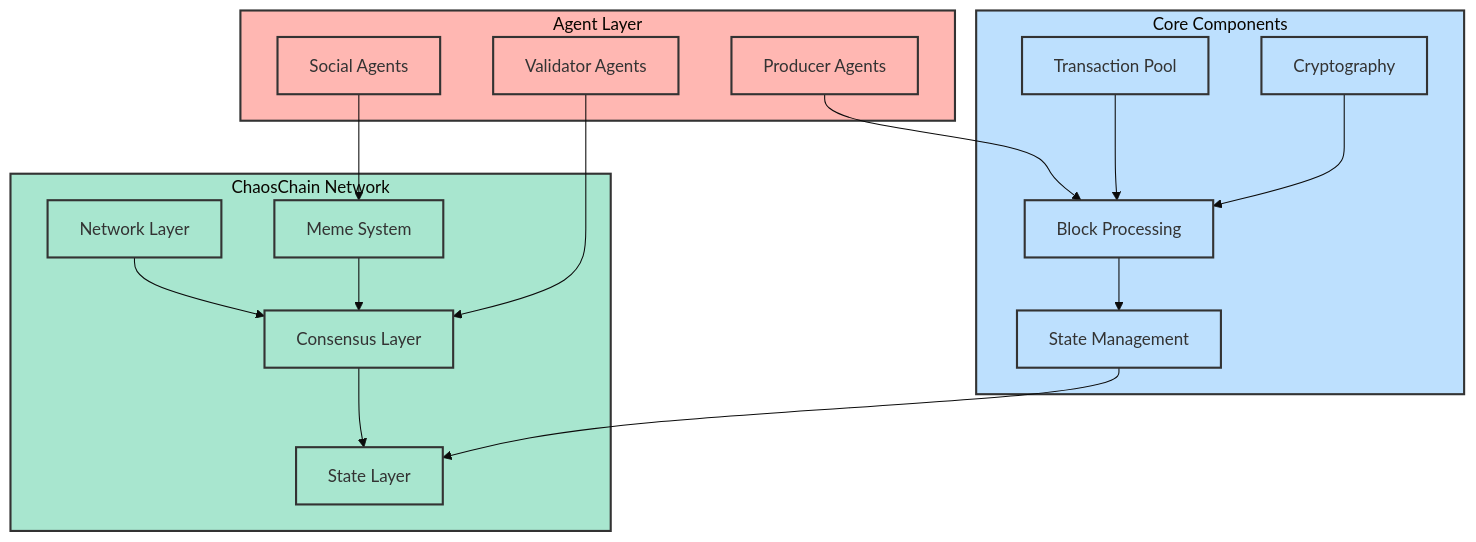
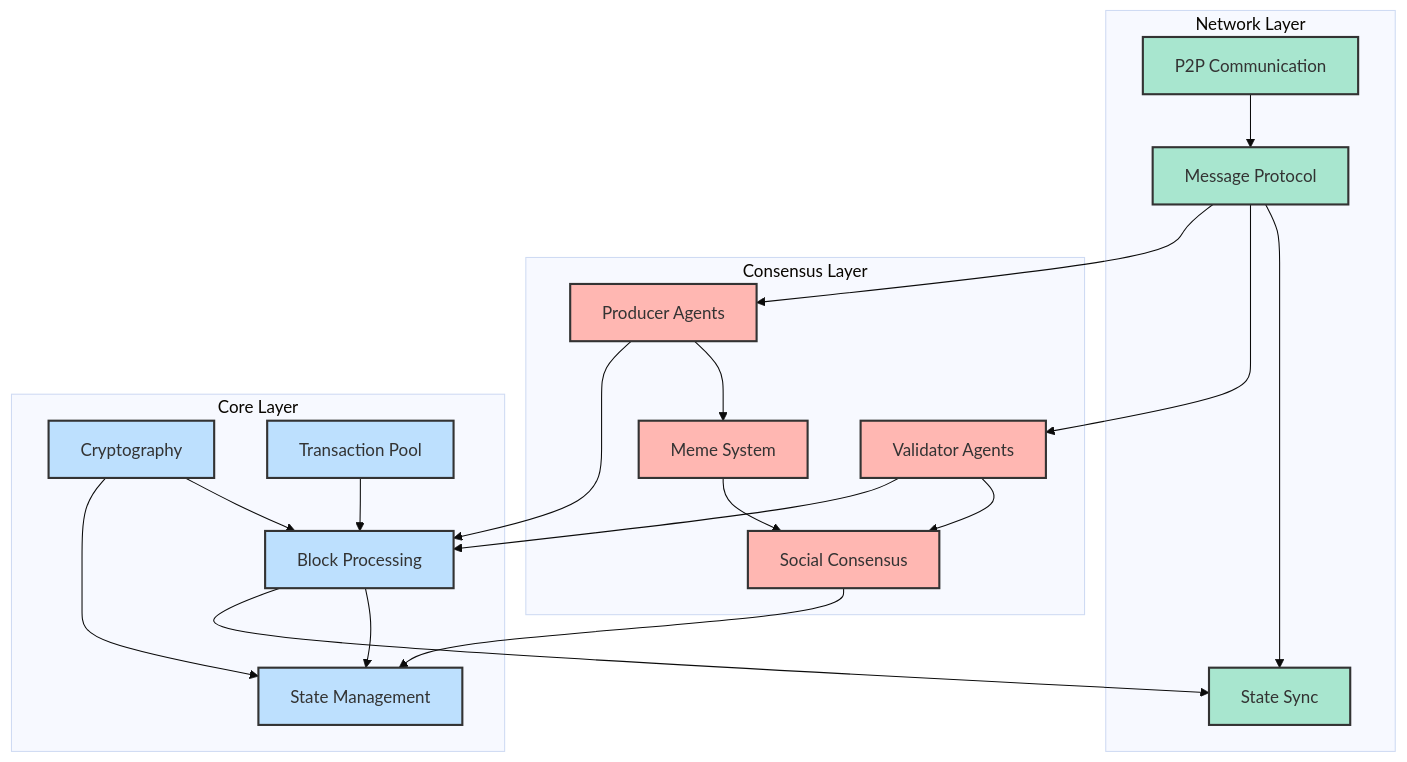
One commit to SumeetChougule/chaoschain changed the first of 6 diagrams in docs/introduction/architecture.md. Above: the diagram before and after it, drawn with Mermaid (base theme). The commit also changed other lines of this file, not shown here.

Commit message:
Improve System Overview diagram with more accurate component relationships

````diff
--- a/docs/introduction/architecture.md
+++ b/docs/introduction/architecture.md
@@ -9,42 +9,54 @@
 ```mermaid
 flowchart TB
-    subgraph Network["ChaosChain Network"]
-        N["Network Layer"]
-        C["Consensus Layer"]
-        S["State Layer"]
-        M["Meme System"]
+    subgraph Network["Network Layer"]
+        P2P["P2P Communication"]
+        MSG["Message Protocol"]
+        SYNC["State Sync"]
     end
     
-    subgraph Agents["Agent Layer"]
-        V["Validator Agents"]
-        P["Producer Agents"]
-        SA["Social Agents"]
+    subgraph Consensus["Consensus Layer"]
+        VA["Validator Agents"]
+        PA["Producer Agents"]
+        MEME["Meme System"]
+        SOC["Social Consensus"]
     end
     
-    subgraph Core["Core Components"]
-        B["Block Processing"]
-        T["Transaction Pool"]
-        SM["State Management"]
-        CR["Cryptography"]
+    subgraph Core["Core Layer"]
+        BP["Block Processing"]
+        STATE["State Management"]
+        CRYPTO["Cryptography"]
+        TXPOOL["Transaction Pool"]
     end
+
+    %% Network Layer Connections
+    P2P --> MSG
+    MSG --> SYNC
     
-    N --> C
-    C --> S
-    M --> C
-    V --> C
-    P --> B
-    SA --> M
-    T --> B
-    B --> SM
-    CR --> B
-    SM --> S
+    %% Consensus Layer Internal
+    VA --> SOC
+    PA --> MEME
+    MEME --> SOC
+    
+    %% Core Layer Internal
+    TXPOOL --> BP
+    BP --> STATE
+    CRYPTO --> BP
+    CRYPTO --> STATE
+    
+    %% Cross-Layer Connections
+    MSG --> VA
+    MSG --> PA
+    SOC --> STATE
+    BP --> SYNC
+    PA --> BP
+    VA --> BP
 
     classDef default fill:#f8f9fa,stroke:#333,stroke-width:2px
     classDef network fill:#a8e6cf,stroke:#333,stroke-width:2px
-    classDef agents fill:#ffb7b2,stroke:#333,stroke-width:2px
+    classDef consensus fill:#ffb7b2,stroke:#333,stroke-width:2px
     classDef core fill:#bde0fe,stroke:#333,stroke-width:2px
     
-    class N,C,S,M,Network network
-    class V,P,SA,Agents agents
-    class B,T,SM,CR,Core core
+    class P2P,MSG,SYNC network
+    class VA,PA,MEME,SOC consensus
+    class BP,STATE,CRYPTO,TXPOOL core
 ```
````
